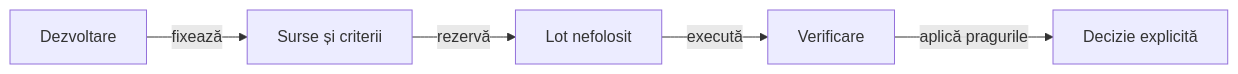
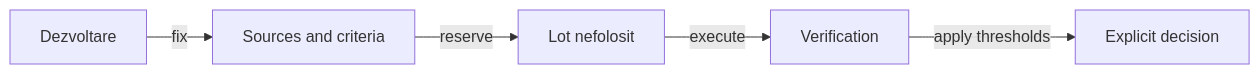
Before and after one commit to crististefanita/atf_j4: the second of 2 diagrams in docs/learning/ATF_PolicyEvolution.md, drawn with Mermaid. The commit also changed other lines of this file and 122 other files, not shown here.

````diff
--- a/docs/learning/ATF_PolicyEvolution.md
+++ b/docs/learning/ATF_PolicyEvolution.md
@@ -96,7 +96,7 @@
 ```mermaid
 flowchart LR
-    DEV[Dezvoltare] -->|fixează| FREEZE[Surse și criterii]
-    FREEZE -->|rezervă| LOT[Lot nefolosit]
-    LOT -->|execută| CHECK[Verificare]
-    CHECK -->|aplică pragurile| DECISION[Decizie explicită]
+    DEV[Dezvoltare] -->|fix| FREEZE[Sources and criteria]
+    FREEZE -->|reserve| LOT[Lot nefolosit]
+    LOT -->|execute| CHECK[Verification]
+    CHECK -->|apply thresholds| DECISION[Explicit decision]
 ```
````
